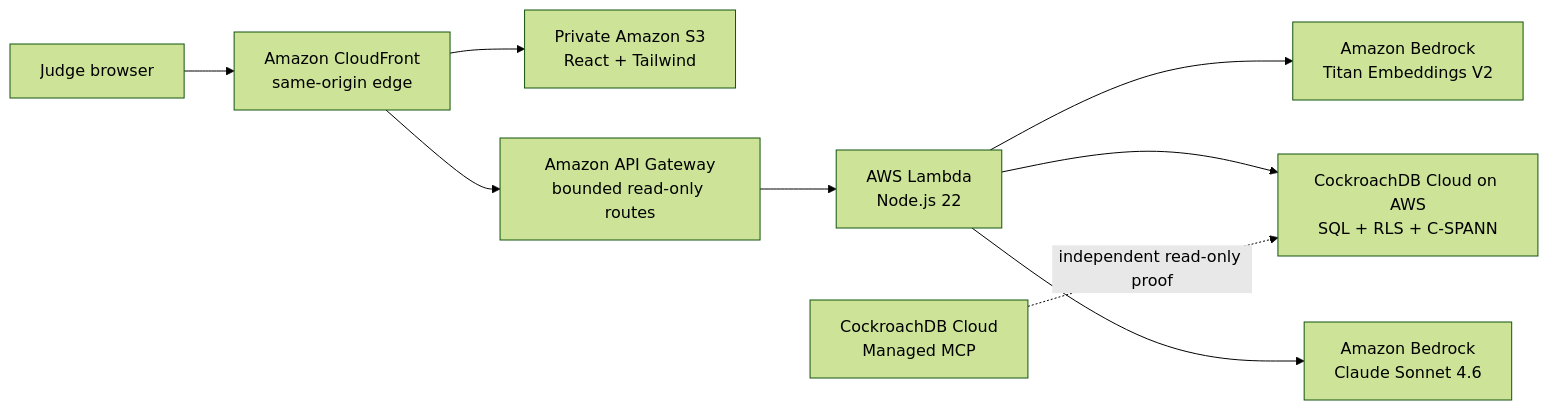
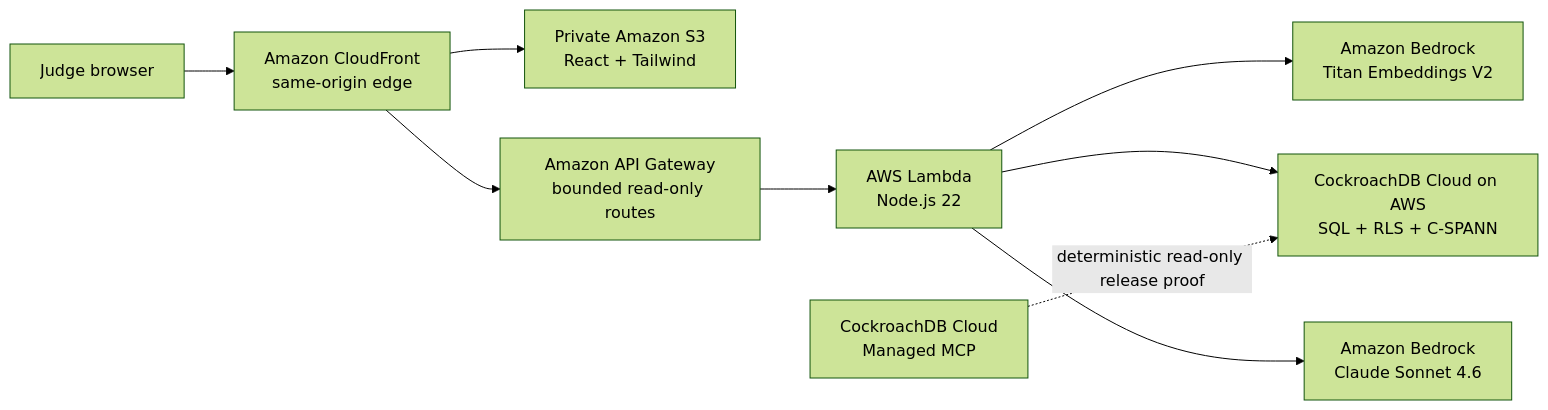
Before and after one commit to upgradedev/archon-cockroach-memory: the diagram in README.md, drawn with Mermaid (forest theme). The commit also changed other lines of this file and 30 other files, not shown here.

````diff
--- a/README.md
+++ b/README.md
@@ -51,20 +60,20 @@
 ```mermaid
 flowchart LR
     Judge["Judge browser"]
     CF["Amazon CloudFront<br/>same-origin edge"]
     S3["Private Amazon S3<br/>React + Tailwind"]
     API["Amazon API Gateway<br/>bounded read-only routes"]
     Lambda["AWS Lambda<br/>Node.js 22"]
     Titan["Amazon Bedrock<br/>Titan Embeddings V2"]
     Claude["Amazon Bedrock<br/>Claude Sonnet 4.6"]
     CRDB["CockroachDB Cloud on AWS<br/>SQL + RLS + C-SPANN"]
     MCP["CockroachDB Cloud<br/>Managed MCP"]
 
     Judge --> CF
     CF --> S3
     CF --> API --> Lambda
     Lambda --> Titan
     Lambda --> CRDB
     Lambda --> Claude
-    MCP -. "independent read-only proof" .-> CRDB
+    MCP -. "deterministic read-only release proof" .-> CRDB
 ```
````
